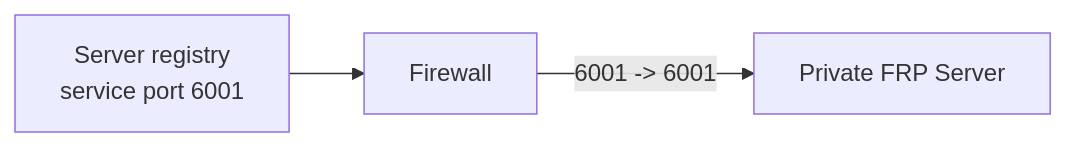
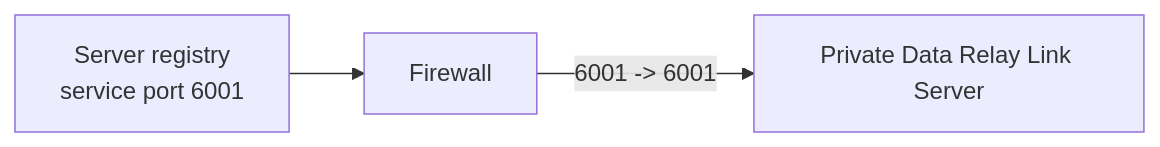
The third of 4 diagrams in ko/deployment/firewall-nat.mdx (datarelay-labs/data-relay-link-docs), drawn with Mermaid before and after one commit. The commit also changed other lines of this file and 32 other files, not shown here.

````diff
--- a/ko/deployment/firewall-nat.mdx
+++ b/ko/deployment/firewall-nat.mdx
@@ -70,5 +70,5 @@
 ```mermaid
 flowchart LR
     R[Server registry\nservice port 6001] --> F[Firewall]
-    F -->|6001 -> 6001| S[Private FRP Server]
+    F -->|6001 -> 6001| S[Private Data Relay Link Server]
 ```
````
